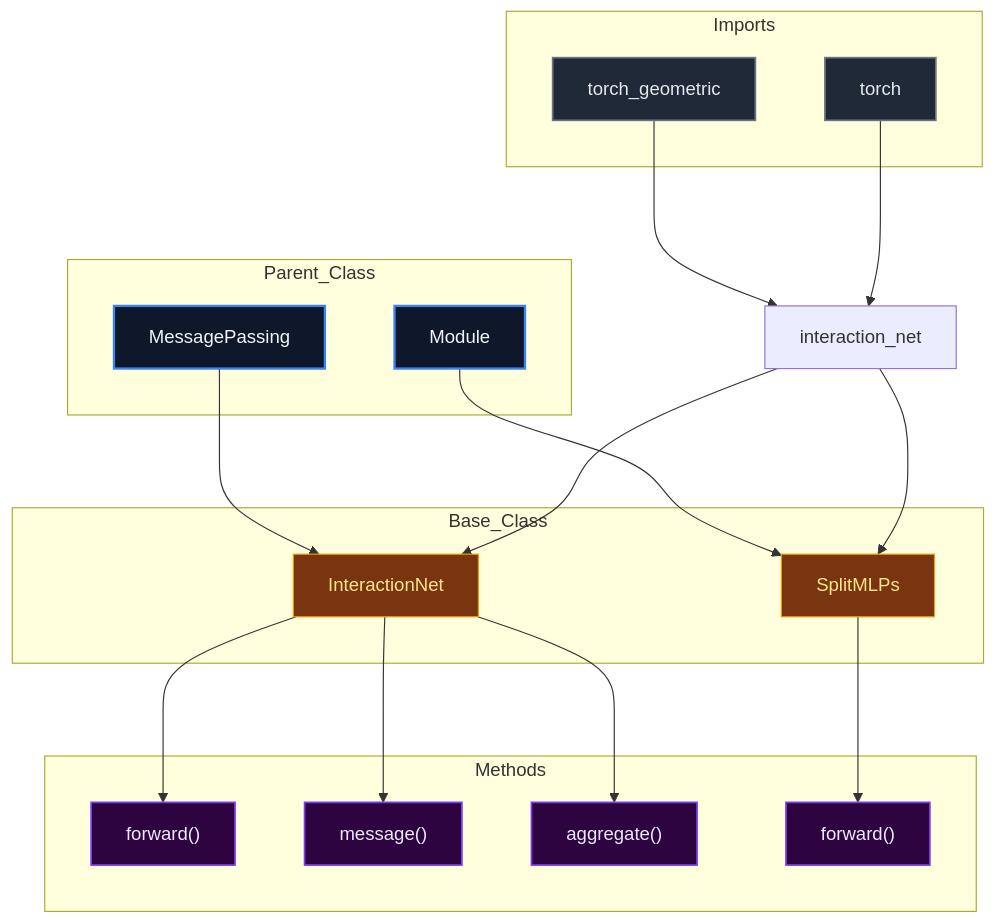
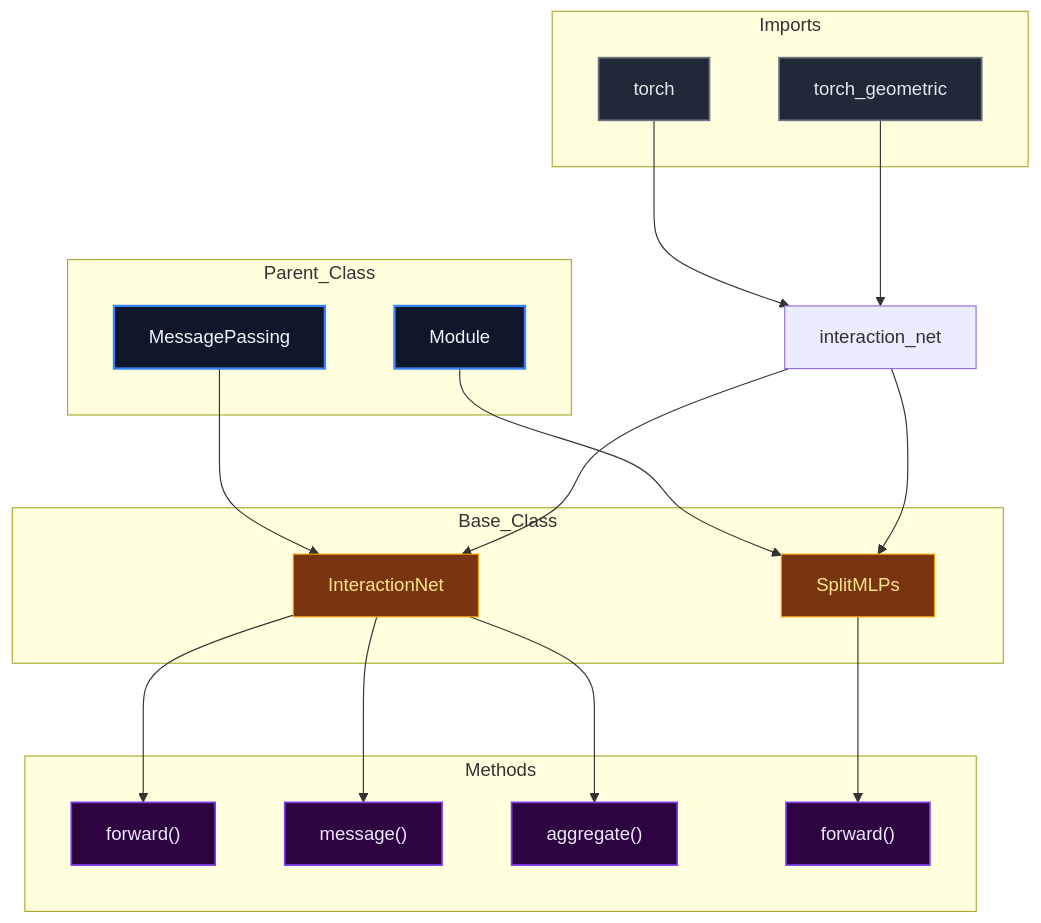
Before and after one commit to mllam/neural-lam: the diagram in docs/diagrams/interaction_net_diagram.md, drawn with Mermaid. The commit also changed 19 other files, not shown here.

Commit message:
Auto-update Mermaid diagrams

````diff
--- a/docs/diagrams/interaction_net_diagram.md
+++ b/docs/diagrams/interaction_net_diagram.md
@@ -1,52 +1,52 @@
 ```mermaid
 %%{init: {'flowchart': {'nodeSpacing': 60, 'rankSpacing': 80}}}%%
 flowchart TD
 
 module["interaction_net"]
 
 subgraph Parent_Class
+    MessagePassing["MessagePassing"]
     Module["Module"]
-    MessagePassing["MessagePassing"]
 end
 
 subgraph Base_Class
     InteractionNet["InteractionNet"]
     SplitMLPs["SplitMLPs"]
 end
 
     MessagePassing --> InteractionNet
     Module --> SplitMLPs
 
 subgraph Imports
+    torch["torch"]
     torch_geometric["torch_geometric"]
-    torch["torch"]
 end
 
+    torch --> module
     torch_geometric --> module
-    torch --> module
     module --> InteractionNet
     module --> SplitMLPs
 
 subgraph Methods
     InteractionNet_forward["forward()"]
     InteractionNet_message["message()"]
     InteractionNet_aggregate["aggregate()"]
     SplitMLPs_forward["forward()"]
 end
 
     InteractionNet --> InteractionNet_forward
     InteractionNet --> InteractionNet_message
     InteractionNet --> InteractionNet_aggregate
     SplitMLPs --> SplitMLPs_forward
 
 classDef parent fill:#0f172a,stroke:#3b82f6,stroke-width:2px,color:#f1f5f9,font-size:16px
 classDef base fill:#78350f,stroke:#f59e0b,stroke-width:1px,color:#fde68a,font-size:16px
 classDef import fill:#1f2937,stroke:#6b7280,stroke-width:1.5px,color:#e5e7eb,font-size:16px
 classDef method fill:#2d043f,stroke:#7c3aed,stroke-width:1.5px,color:#ede9fe,font-size:16px
 classDef callNode fill:#064e3b,stroke:#10b981,stroke-width:1.5px,color:#d1fae5,font-size:16px
-class Module,MessagePassing parent
+class MessagePassing,Module parent
 class InteractionNet,SplitMLPs base
-class torch_geometric,torch import
+class torch,torch_geometric import
 class InteractionNet_forward,InteractionNet_message,InteractionNet_aggregate,SplitMLPs_forward method
 
 ```
````
